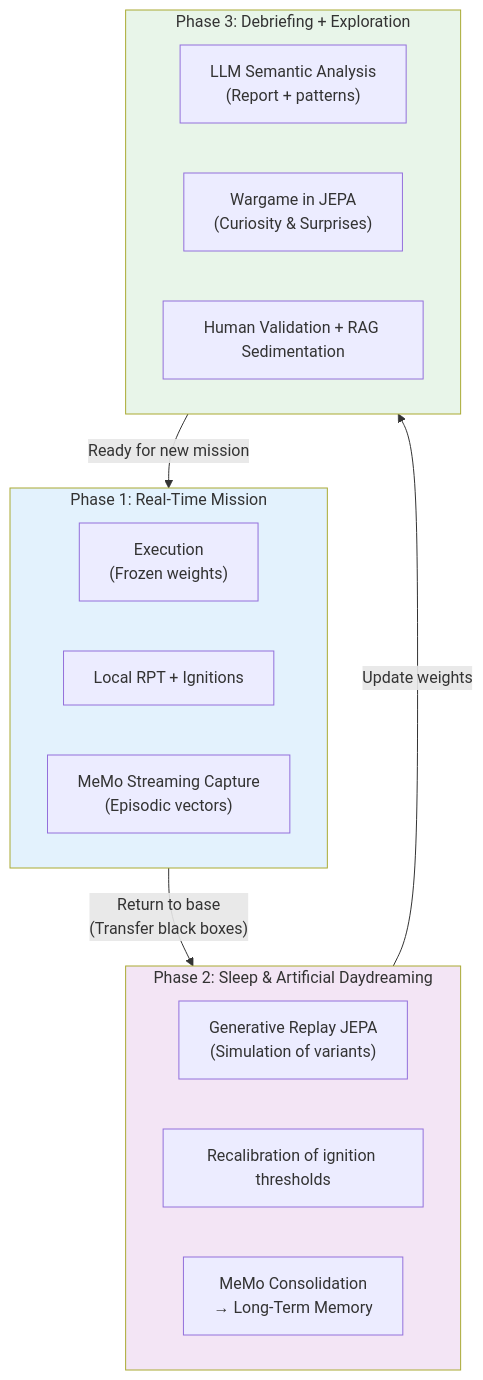
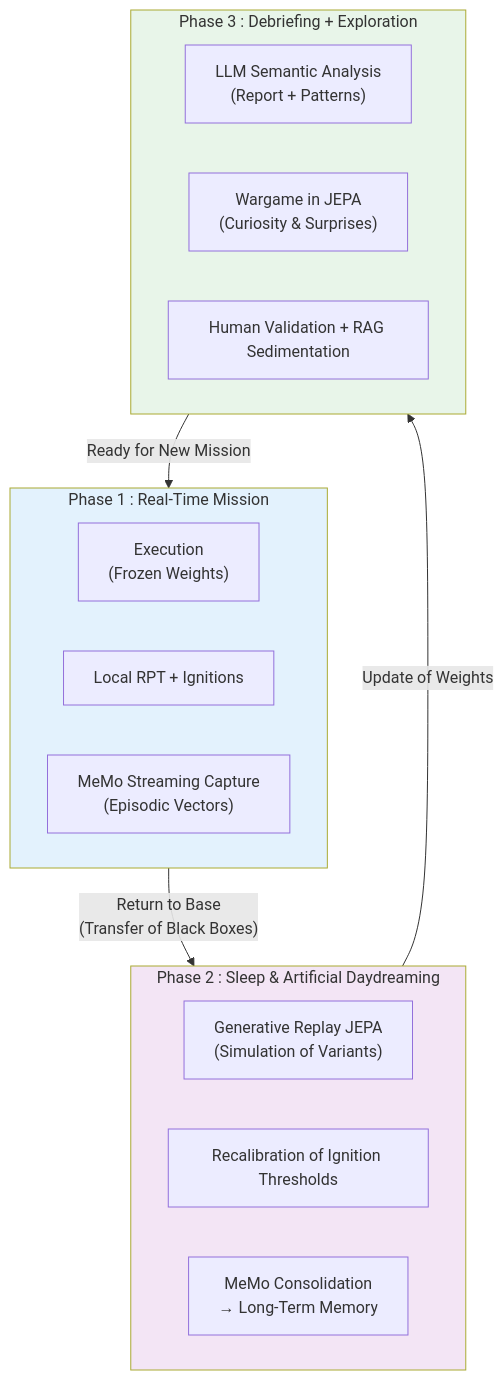
Before and after one commit to AlainCo/GNWT-Garrigue-X-en: the second of 2 diagrams in mvp/mvp.md, drawn with Mermaid. The commit also changed other lines of this file and 24 other files, not shown here.

````diff
--- a/mvp/mvp.md
+++ b/mvp/mvp.md
@@ -87,33 +87,33 @@
 ```mermaid
 flowchart TD
-    subgraph Phase1 ["Phase 1: Real-Time Mission"]
-        A["Execution\n(Frozen weights)"]
+    subgraph Phase1 ["Phase 1 : Real-Time Mission"]
+        A["Execution<br>(Frozen Weights)"]
         B["Local RPT + Ignitions"]
-        C["MeMo Streaming Capture\n(Episodic vectors)"]
+        C["MeMo Streaming Capture<br>(Episodic Vectors)"]
     end
 
-    Phase1 -->|"Return to base\n(Transfer black boxes)"| Phase2
+    Phase1 -->|"Return to Base<br>(Transfer of Black Boxes)"| Phase2
 
-    subgraph Phase2 ["Phase 2: Sleep & Artificial Daydreaming"]
-        D["Generative Replay JEPA\n(Simulation of variants)"]
-        E["Recalibration of ignition thresholds"]
-        F["MeMo Consolidation\n→ Long-Term Memory"]
+    subgraph Phase2 ["Phase 2 : Sleep & Artificial Daydreaming"]
+        D["Generative Replay JEPA<br>(Simulation of Variants)"]
+        E["Recalibration of Ignition Thresholds"]
+        F["MeMo Consolidation<br>→ Long-Term Memory"]
     end
 
-    Phase2 -->|"Update weights"| Phase3
+    Phase2 -->|"Update of Weights"| Phase3
 
-    subgraph Phase3 ["Phase 3: Debriefing + Exploration"]
-        G["LLM Semantic Analysis\n(Report + patterns)"]
-        H["Wargame in JEPA\n(Curiosity & Surprises)"]
+    subgraph Phase3 ["Phase 3 : Debriefing + Exploration"]
+        G["LLM Semantic Analysis<br>(Report + Patterns)"]
+        H["Wargame in JEPA<br>(Curiosity & Surprises)"]
         I["Human Validation + RAG Sedimentation"]
     end
 
-    Phase3 -->|"Ready for new mission"| Phase1
+    Phase3 -->|"Ready for New Mission"| Phase1
 
     classDef mission fill:#e3f2fd
     classDef sommeil fill:#f3e5f5
     classDef debrief fill:#e8f5e9
     class Phase1 mission
     class Phase2 sommeil
     class Phase3 debrief
 ```
````
